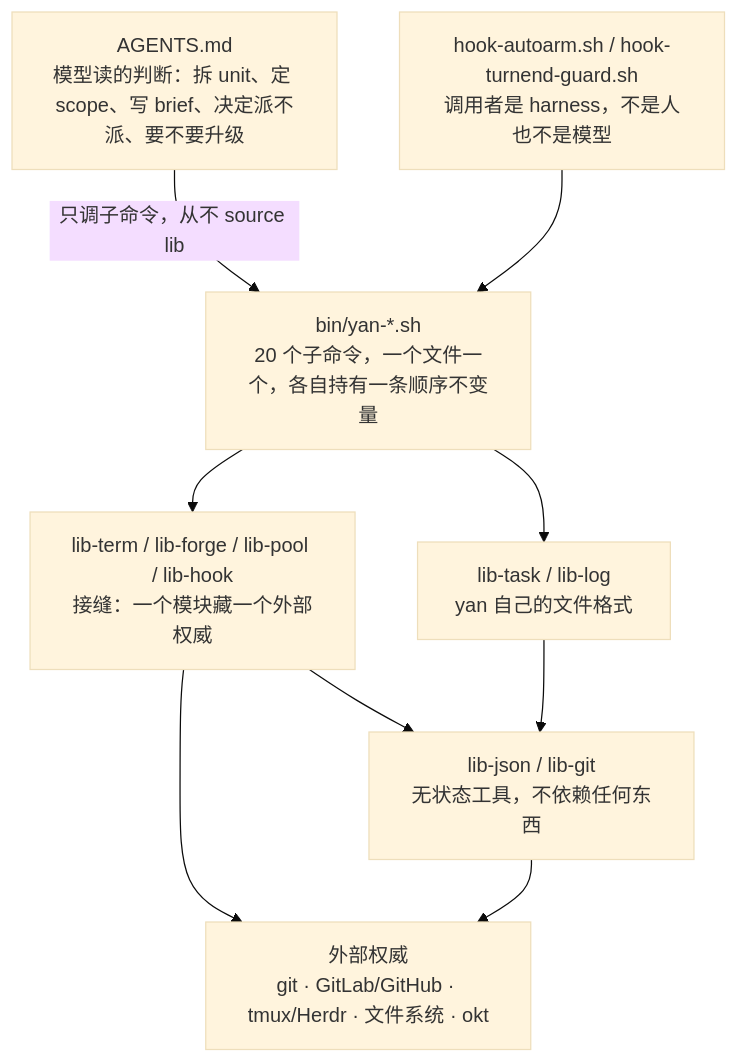
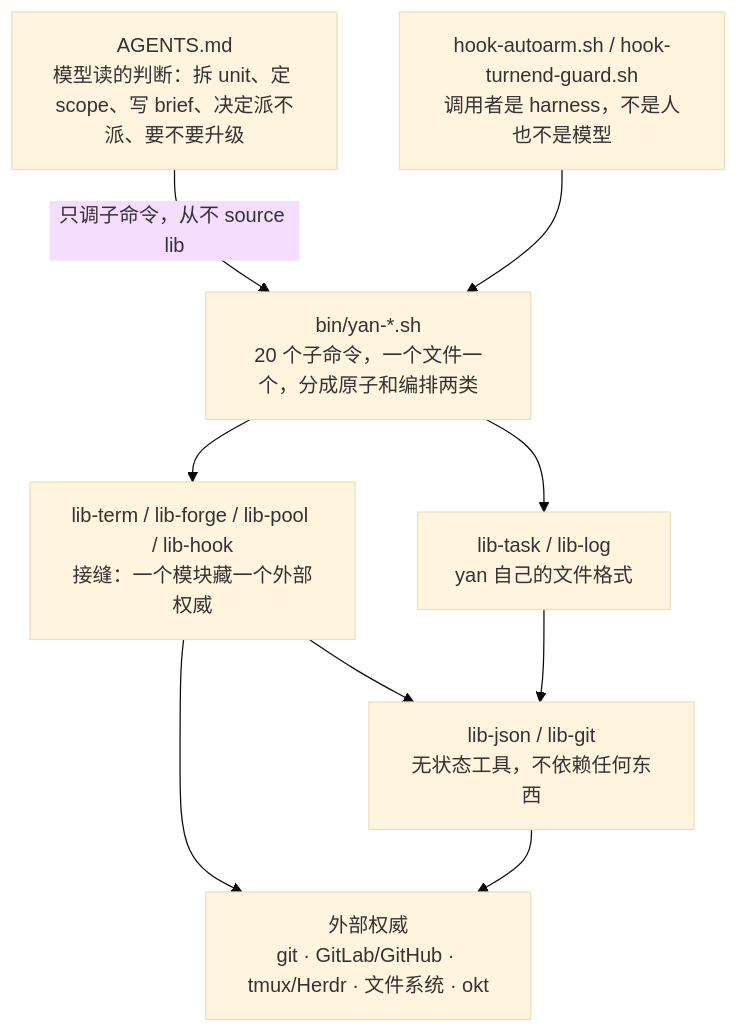
One commit to BoLiDev/Yan changed the diagram in docs/design/architecture.md. Above: the diagram before and after it, drawn with Mermaid (base theme). The commit also changed other lines of this file and 11 other files, not shown here.

````diff
--- a/docs/design/architecture.md
+++ b/docs/design/architecture.md
@@ -26,19 +26,19 @@
 ```mermaid
 graph TD
     A["AGENTS.md<br/>模型读的判断：拆 unit、定 scope、写 brief、决定派不派、要不要升级"]
-    B["bin/yan-*.sh<br/>20 个子命令，一个文件一个，各自持有一条顺序不变量"]
+    B["bin/yan-*.sh<br/>20 个子命令，一个文件一个，分成原子和编排两类"]
     H["hook-autoarm.sh / hook-turnend-guard.sh<br/>调用者是 harness，不是人也不是模型"]
     C["lib-term / lib-forge / lib-pool / lib-hook<br/>接缝：一个模块藏一个外部权威"]
     D["lib-task / lib-log<br/>yan 自己的文件格式"]
     E["lib-json / lib-git<br/>无状态工具，不依赖任何东西"]
     F["外部权威<br/>git · GitLab/GitHub · tmux/Herdr · 文件系统 · okt"]
 
     A -->|"只调子命令，从不 source lib"| B
     H --> B
     B --> C
     B --> D
     C --> E
     D --> E
     C --> F
     E --> F
 ```
````
